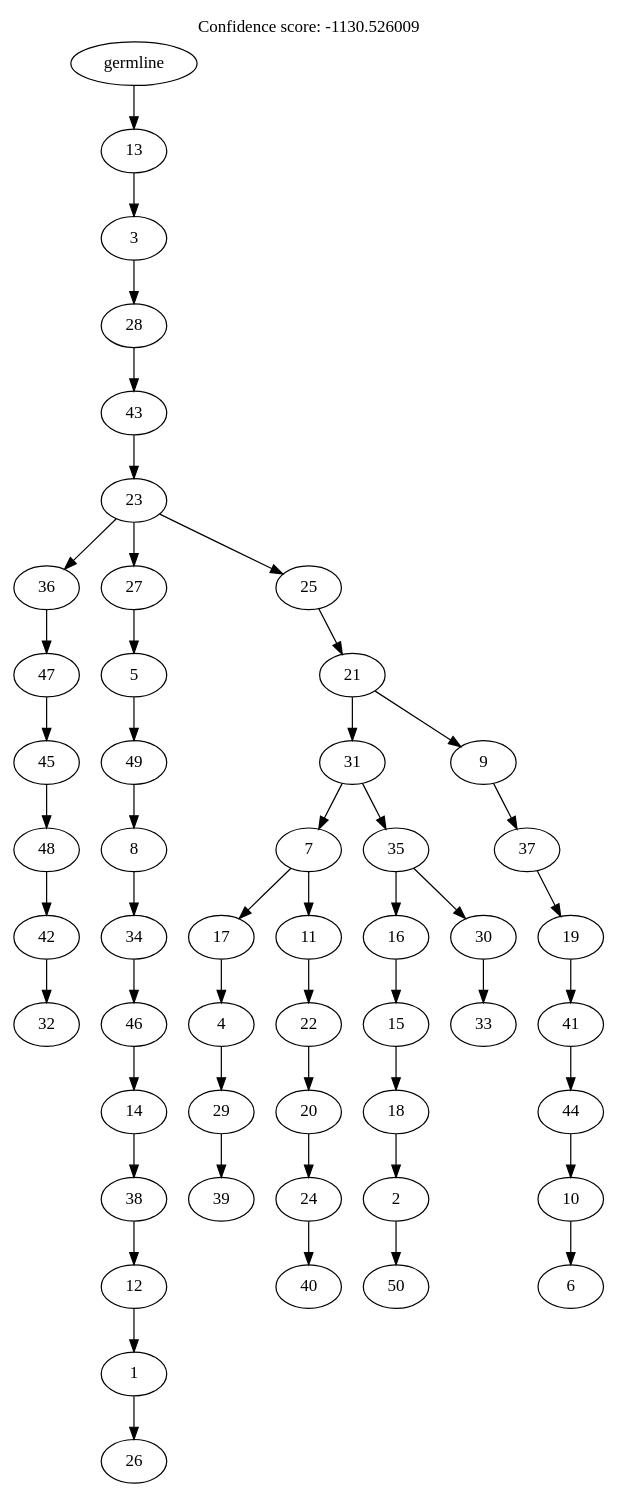
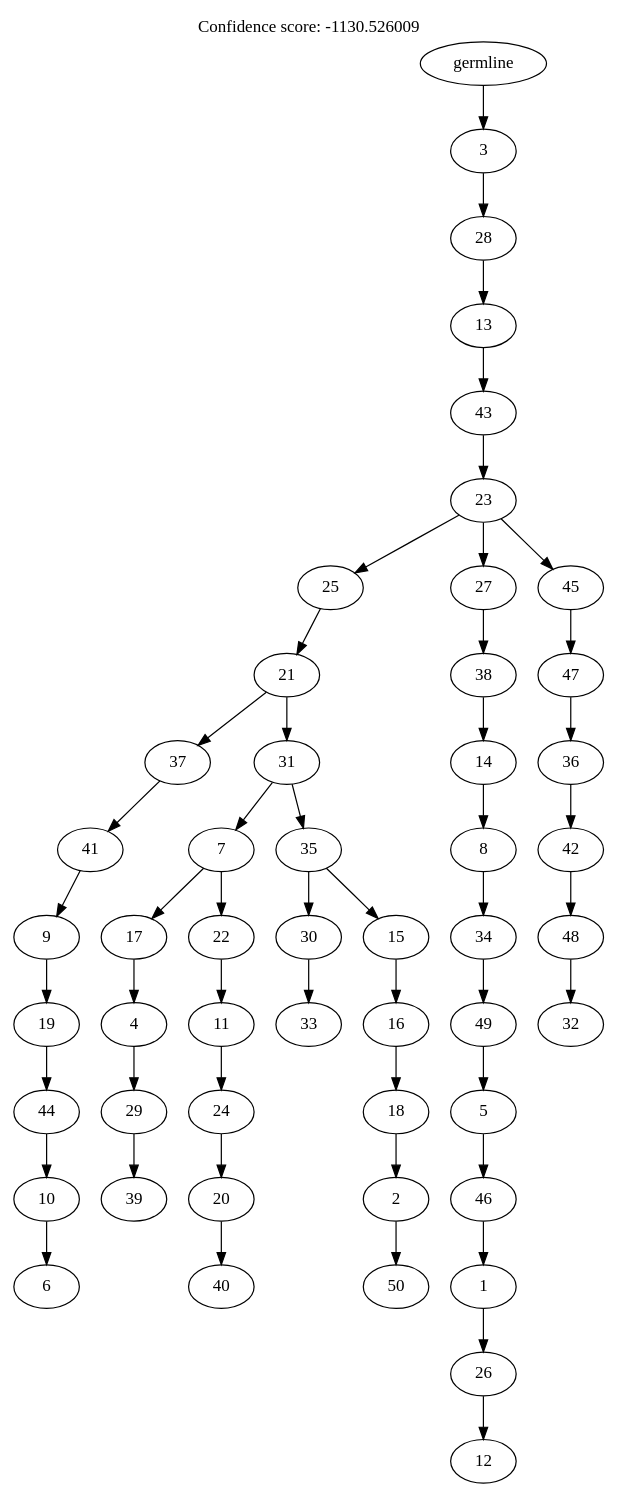
One commit to sciccolella/reSASC_supplements changed the diagram in data/exp1/sim_32_scs.sasc_rec.mlt.gv. Above: the diagram before and after it, drawn with Graphviz. The commit also changed 659 other files, not shown here.

```diff
--- a/data/exp1/sim_32_scs.sasc_rec.mlt.gv
+++ b/data/exp1/sim_32_scs.sasc_rec.mlt.gv
@@ -1,105 +1,105 @@
 digraph g {
 	"49" -> "50";
-	"50" [label="32"];
+	"50" [label="6"];
 	"48" -> "49";
-	"49" [label="42"];
+	"49" [label="10"];
 	"47" -> "48";
-	"48" [label="48"];
+	"48" [label="44"];
 	"46" -> "47";
-	"47" [label="45"];
+	"47" [label="19"];
 	"45" -> "46";
-	"46" [label="47"];
-	"43" -> "44";
-	"44" [label="26"];
+	"46" [label="9"];
+	"44" -> "45";
+	"45" [label="41"];
 	"42" -> "43";
-	"43" [label="1"];
+	"43" [label="39"];
 	"41" -> "42";
-	"42" [label="12"];
+	"42" [label="29"];
 	"40" -> "41";
-	"41" [label="38"];
-	"39" -> "40";
-	"40" [label="14"];
+	"41" [label="4"];
 	"38" -> "39";
-	"39" [label="46"];
+	"39" [label="40"];
 	"37" -> "38";
-	"38" [label="34"];
+	"38" [label="20"];
 	"36" -> "37";
-	"37" [label="8"];
+	"37" [label="24"];
 	"35" -> "36";
-	"36" [label="49"];
+	"36" [label="11"];
 	"34" -> "35";
-	"35" [label="5"];
+	"35" [label="22"];
+	"34" -> "40";
+	"40" [label="17"];
 	"32" -> "33";
-	"33" [label="39"];
-	"31" -> "32";
-	"32" [label="29"];
+	"33" [label="33"];
 	"30" -> "31";
-	"31" [label="4"];
+	"31" [label="50"];
+	"29" -> "30";
+	"30" [label="2"];
 	"28" -> "29";
-	"29" [label="40"];
+	"29" [label="18"];
 	"27" -> "28";
-	"28" [label="24"];
+	"28" [label="16"];
 	"26" -> "27";
-	"27" [label="20"];
+	"27" [label="15"];
+	"26" -> "32";
+	"32" [label="30"];
 	"25" -> "26";
-	"26" [label="22"];
+	"26" [label="35"];
+	"25" -> "34";
+	"34" [label="7"];
 	"24" -> "25";
-	"25" [label="11"];
-	"24" -> "30";
-	"30" [label="17"];
-	"22" -> "23";
-	"23" [label="50"];
+	"25" [label="31"];
+	"24" -> "44";
+	"44" [label="37"];
+	"23" -> "24";
+	"24" [label="21"];
 	"21" -> "22";
-	"22" [label="2"];
+	"22" [label="12"];
 	"20" -> "21";
-	"21" [label="18"];
+	"21" [label="26"];
 	"19" -> "20";
-	"20" [label="15"];
+	"20" [label="1"];
+	"18" -> "19";
+	"19" [label="46"];
 	"17" -> "18";
-	"18" [label="33"];
+	"18" [label="5"];
 	"16" -> "17";
-	"17" [label="30"];
-	"16" -> "19";
-	"19" [label="16"];
+	"17" [label="49"];
 	"15" -> "16";
-	"16" [label="35"];
-	"15" -> "24";
-	"24" [label="7"];
+	"16" [label="34"];
+	"14" -> "15";
+	"15" [label="8"];
 	"13" -> "14";
-	"14" [label="6"];
+	"14" [label="14"];
 	"12" -> "13";
-	"13" [label="10"];
-	"11" -> "12";
-	"12" [label="44"];
+	"13" [label="38"];
 	"10" -> "11";
-	"11" [label="41"];
+	"11" [label="32"];
 	"9" -> "10";
-	"10" [label="19"];
+	"10" [label="48"];
 	"8" -> "9";
-	"9" [label="37"];
+	"9" [label="42"];
 	"7" -> "8";
-	"8" [label="9"];
-	"7" -> "15";
-	"15" [label="31"];
+	"8" [label="36"];
 	"6" -> "7";
-	"7" [label="21"];
+	"7" [label="47"];
 	"5" -> "6";
-	"6" [label="25"];
-	"5" -> "34";
-	"34" [label="27"];
-	"5" -> "45";
-	"45" [label="36"];
+	"6" [label="45"];
+	"5" -> "12";
+	"12" [label="27"];
+	"5" -> "23";
+	"23" [label="25"];
 	"4" -> "5";
 	"5" [label="23"];
 	"3" -> "4";
 	"4" [label="43"];
 	"2" -> "3";
-	"3" [label="28"];
+	"3" [label="13"];
 	"1" -> "2";
-	"2" [label="3"];
+	"2" [label="28"];
 	"0" -> "1";
-	"1" [label="13"];
+	"1" [label="3"];
 	"0" [label="germline"];
 	labelloc="t";
 	label="Confidence score: -1130.526009";
 }
```
